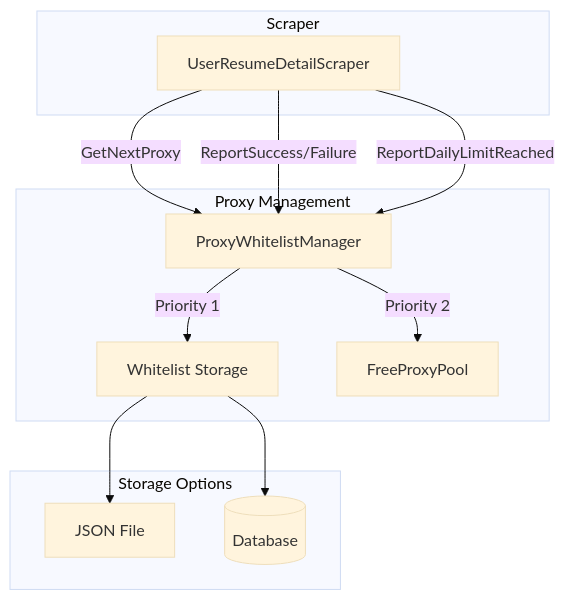
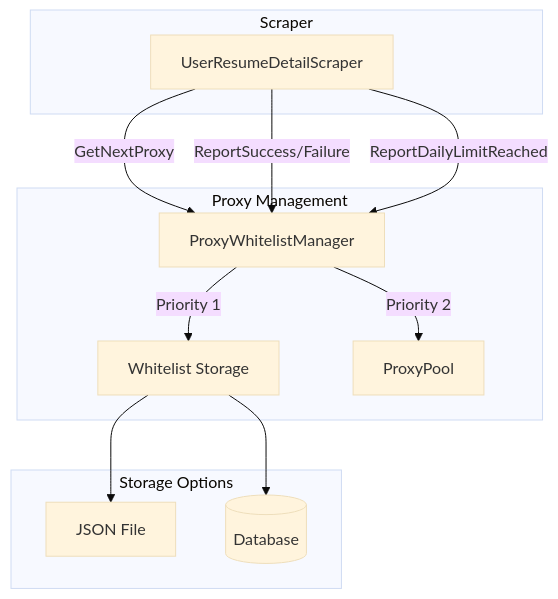
The fifth of 5 diagrams in docs/ARCHITECTURE.md (Resident234/job_board_scraper), drawn with Mermaid (base theme) before and after one commit. The commit also changed other lines of this file and 5 other files, not shown here.

Commit message:
feat: refactor proxy management to use ProxyPool and update related classes

````diff
--- a/docs/ARCHITECTURE.md
+++ b/docs/ARCHITECTURE.md
@@ -115,27 +115,27 @@
 ```mermaid
 graph TB
     subgraph "Proxy Management"
         PWM[ProxyWhitelistManager]
         WL[Whitelist Storage]
-        FPP[FreeProxyPool]
+        FPP[ProxyPool]
     end
 
     subgraph "Scraper"
         URDS[UserResumeDetailScraper]
     end
 
     subgraph "Storage Options"
         JSON[JSON File]
         DB[(Database)]
     end
 
     URDS -->|GetNextProxy| PWM
     URDS -->|ReportSuccess/Failure| PWM
     URDS -->|ReportDailyLimitReached| PWM
 
     PWM -->|Priority 1| WL
     PWM -->|Priority 2| FPP
 
     WL --> JSON
     WL --> DB
 ```
````
